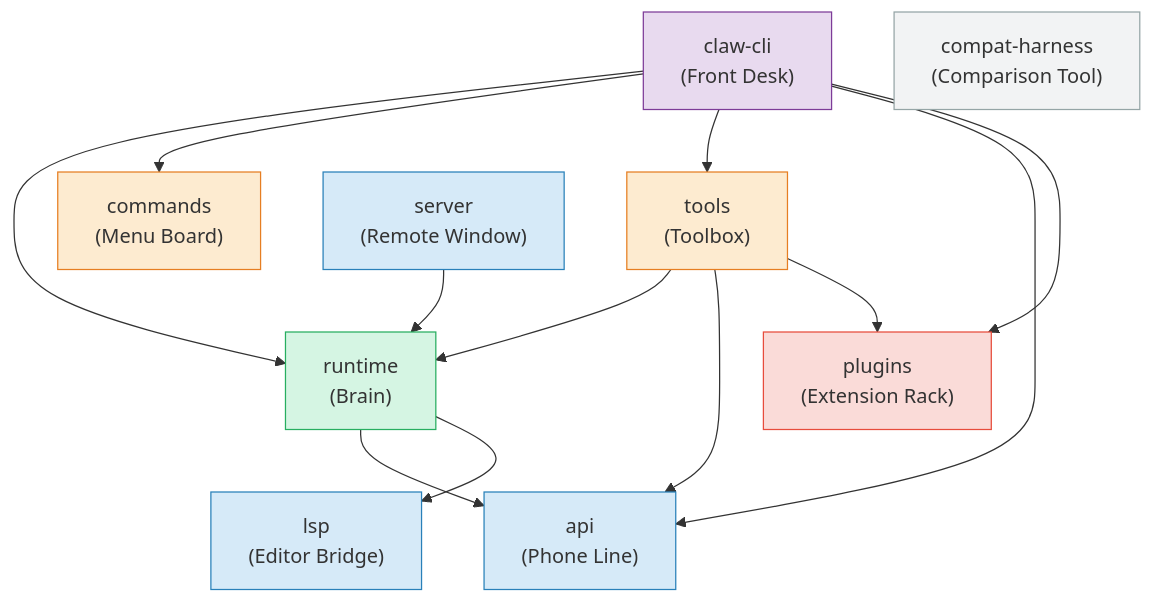
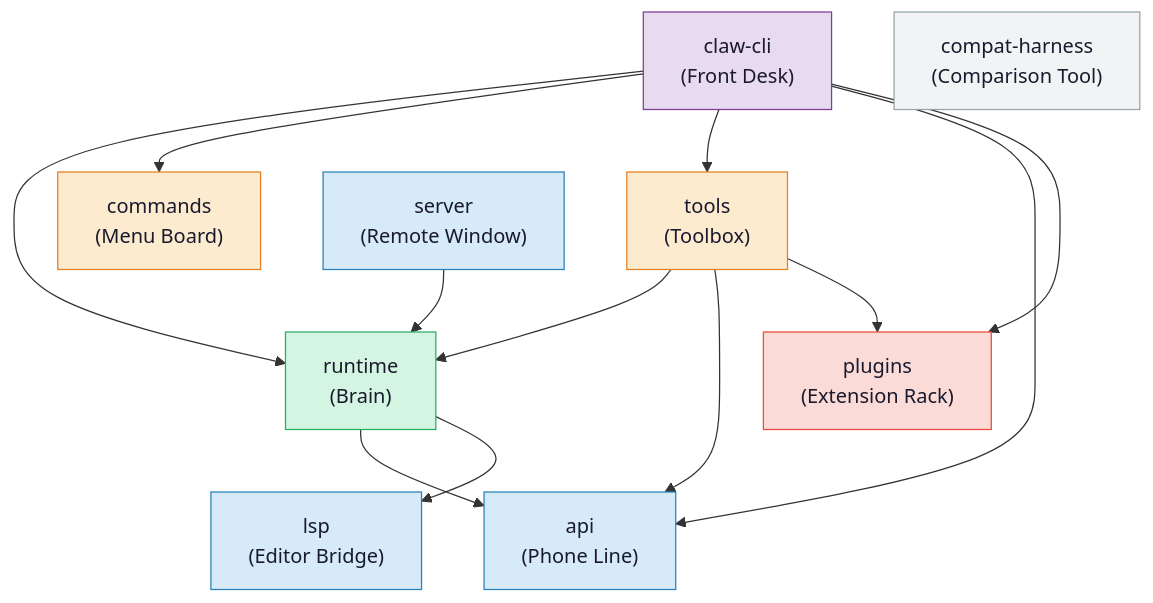
The first of 2 diagrams in architecture/session-02-crate-map.md (mickeyyaya/claw-code-architecture), drawn with Mermaid before and after one commit. The commit also changed 8 other files, not shown here.

Commit message:
fix: add dark text color to all light-fill diagram nodes for readability

````diff
--- a/architecture/session-02-crate-map.md
+++ b/architecture/session-02-crate-map.md
@@ -138,43 +138,43 @@
 ```mermaid
 graph TD
     CLI["claw-cli\n(Front Desk)"]
     RT["runtime\n(Brain)"]
     CMD["commands\n(Menu Board)"]
     TOOLS["tools\n(Toolbox)"]
     API["api\n(Phone Line)"]
     PLUG["plugins\n(Extension Rack)"]
     LSP["lsp\n(Editor Bridge)"]
     SRV["server\n(Remote Window)"]
     COMPAT["compat-harness\n(Comparison Tool)"]
 
     CLI --> RT
     CLI --> CMD
     CLI --> TOOLS
     CLI --> API
     CLI --> PLUG
 
     RT --> API
     RT --> LSP
 
     TOOLS --> RT
     TOOLS --> API
     TOOLS --> PLUG
 
     SRV --> RT
 
     click CLI "/architecture/session-08-cli-and-rendering" "CLI & Rendering"
     click RT "/architecture/session-03-conversation-loop" "Conversation Loop"
     click TOOLS "/architecture/session-04-tools-and-registry" "Tools & Registry"
     click API "/architecture/session-07-streaming" "Streaming & API"
     click PLUG "/architecture/session-09-hooks-plugins-mcp" "Hooks, Plugins, MCP"
 
-    style CLI fill:#e8daef,stroke:#7d3c98
-    style RT fill:#d5f5e3,stroke:#27ae60
-    style API fill:#d6eaf8,stroke:#2980b9
-    style TOOLS fill:#fdebd0,stroke:#e67e22
-    style CMD fill:#fdebd0,stroke:#e67e22
-    style PLUG fill:#fadbd8,stroke:#e74c3c
-    style LSP fill:#d6eaf8,stroke:#2980b9
-    style SRV fill:#d6eaf8,stroke:#2980b9
-    style COMPAT fill:#f2f3f4,stroke:#95a5a6
+    style CLI fill:#e8daef,stroke:#7d3c98,color:#1a1a2e
+    style RT fill:#d5f5e3,stroke:#27ae60,color:#1a1a2e
+    style API fill:#d6eaf8,stroke:#2980b9,color:#1a1a2e
+    style TOOLS fill:#fdebd0,stroke:#e67e22,color:#1a1a2e
+    style CMD fill:#fdebd0,stroke:#e67e22,color:#1a1a2e
+    style PLUG fill:#fadbd8,stroke:#e74c3c,color:#1a1a2e
+    style LSP fill:#d6eaf8,stroke:#2980b9,color:#1a1a2e
+    style SRV fill:#d6eaf8,stroke:#2980b9,color:#1a1a2e
+    style COMPAT fill:#f2f3f4,stroke:#95a5a6,color:#1a1a2e
 ```
````
